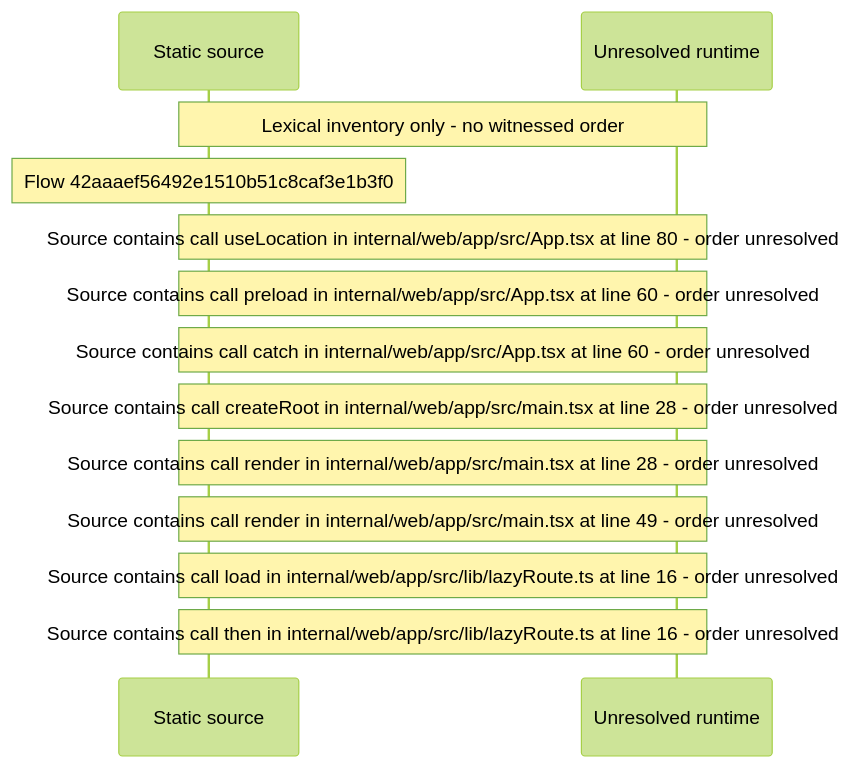
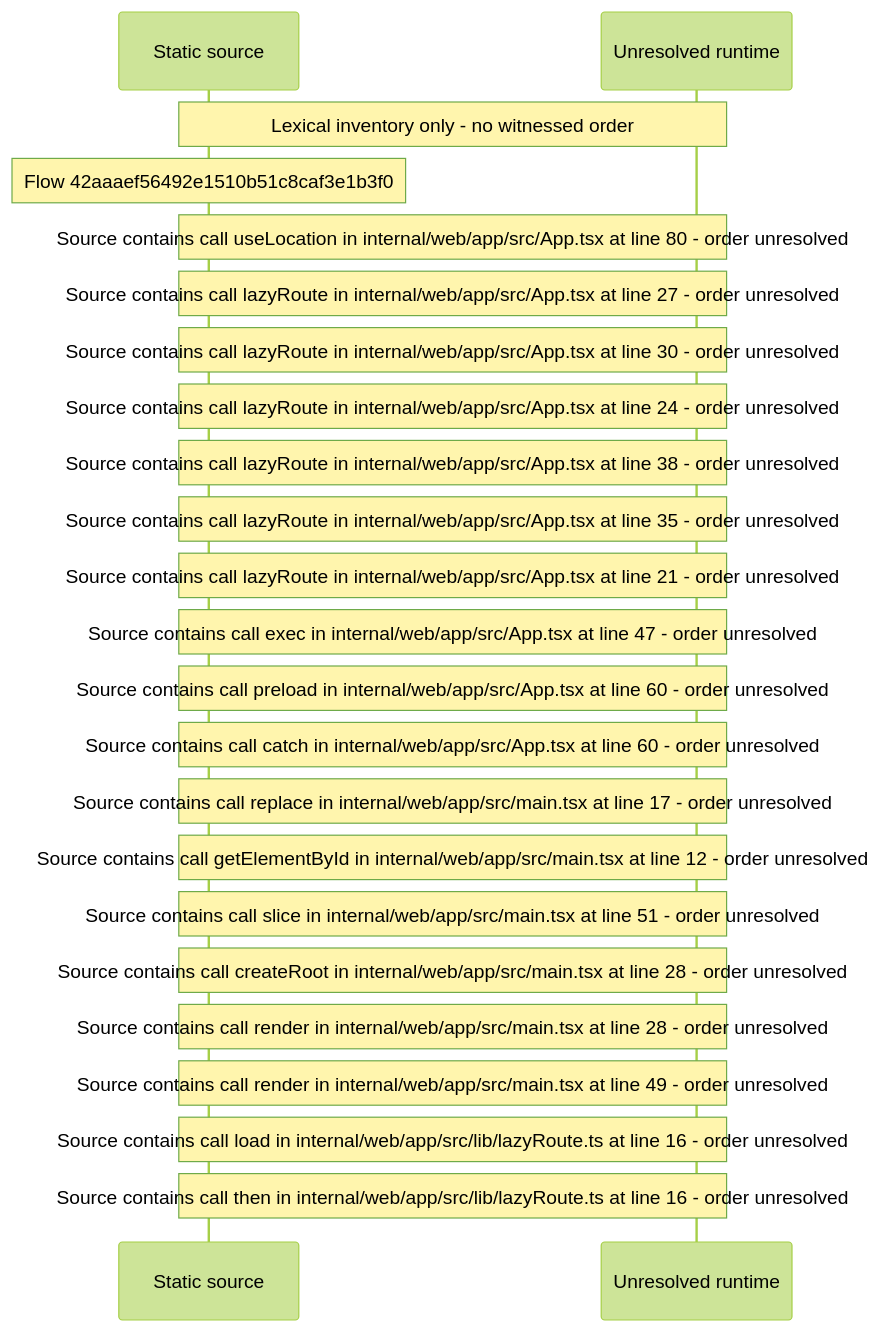
The diagram in docs/web/flows/generated/42aaaef56492e1510b51c8caf3e1b3f0/flow-diagram.md (beamfall/core), drawn with Mermaid (forest theme) before and after one commit. The commit also changed other lines of this file and 707 other files, not shown here.

Commit message:
Regenerate the web flow record with flow generator version 6

````diff
--- a/docs/web/flows/generated/42aaaef56492e1510b51c8caf3e1b3f0/flow-diagram.md
+++ b/docs/web/flows/generated/42aaaef56492e1510b51c8caf3e1b3f0/flow-diagram.md
@@ -10,15 +10,25 @@
 ```mermaid
 sequenceDiagram
     participant S as Static source
     participant U as Unresolved runtime
     Note over S,U: Lexical inventory only - no witnessed order
     Note over S: Flow 42aaaef56492e1510b51c8caf3e1b3f0
     Note over S,U: Source contains call useLocation in internal/web/app/src/App.tsx at line 80 - order unresolved
+    Note over S,U: Source contains call lazyRoute in internal/web/app/src/App.tsx at line 27 - order unresolved
+    Note over S,U: Source contains call lazyRoute in internal/web/app/src/App.tsx at line 30 - order unresolved
+    Note over S,U: Source contains call lazyRoute in internal/web/app/src/App.tsx at line 24 - order unresolved
+    Note over S,U: Source contains call lazyRoute in internal/web/app/src/App.tsx at line 38 - order unresolved
+    Note over S,U: Source contains call lazyRoute in internal/web/app/src/App.tsx at line 35 - order unresolved
+    Note over S,U: Source contains call lazyRoute in internal/web/app/src/App.tsx at line 21 - order unresolved
+    Note over S,U: Source contains call exec in internal/web/app/src/App.tsx at line 47 - order unresolved
     Note over S,U: Source contains call preload in internal/web/app/src/App.tsx at line 60 - order unresolved
     Note over S,U: Source contains call catch in internal/web/app/src/App.tsx at line 60 - order unresolved
+    Note over S,U: Source contains call replace in internal/web/app/src/main.tsx at line 17 - order unresolved
+    Note over S,U: Source contains call getElementById in internal/web/app/src/main.tsx at line 12 - order unresolved
+    Note over S,U: Source contains call slice in internal/web/app/src/main.tsx at line 51 - order unresolved
     Note over S,U: Source contains call createRoot in internal/web/app/src/main.tsx at line 28 - order unresolved
     Note over S,U: Source contains call render in internal/web/app/src/main.tsx at line 28 - order unresolved
     Note over S,U: Source contains call render in internal/web/app/src/main.tsx at line 49 - order unresolved
     Note over S,U: Source contains call load in internal/web/app/src/lib/lazyRoute.ts at line 16 - order unresolved
     Note over S,U: Source contains call then in internal/web/app/src/lib/lazyRoute.ts at line 16 - order unresolved
 ```
````
